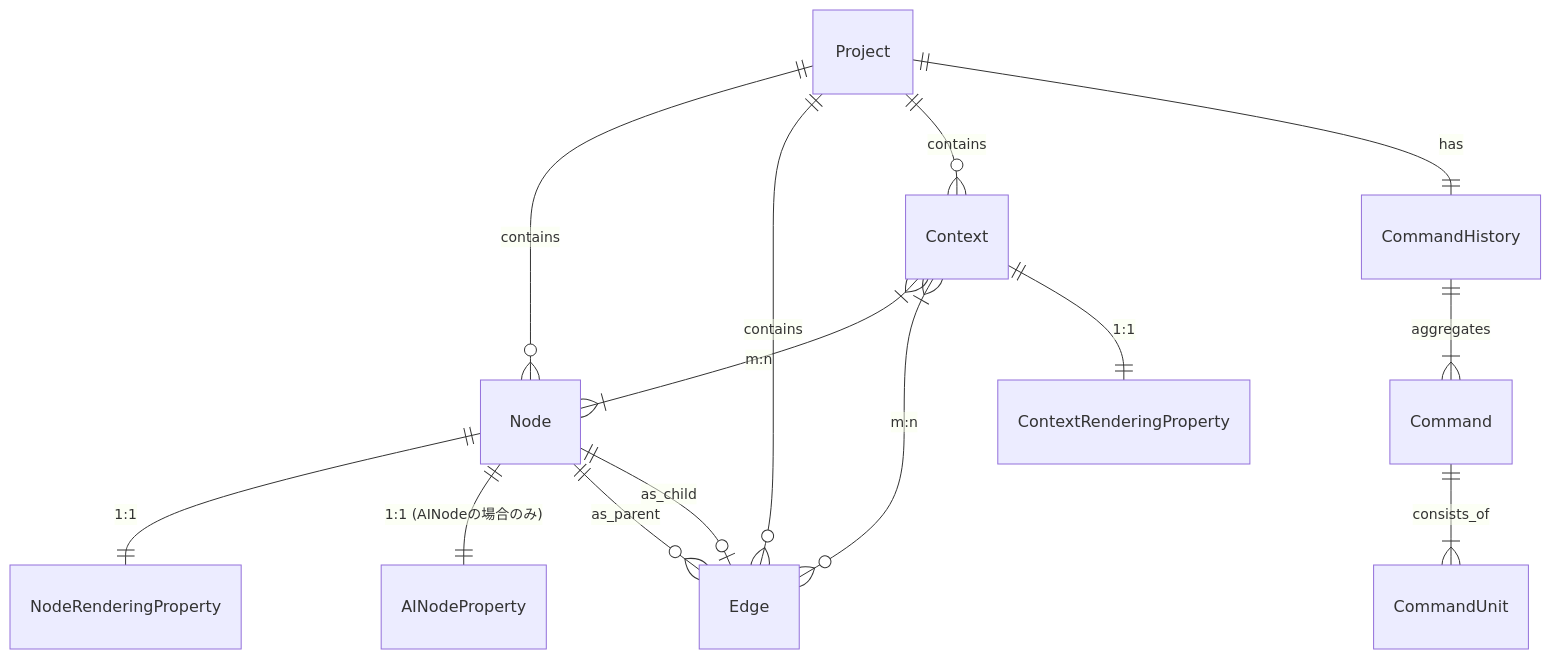
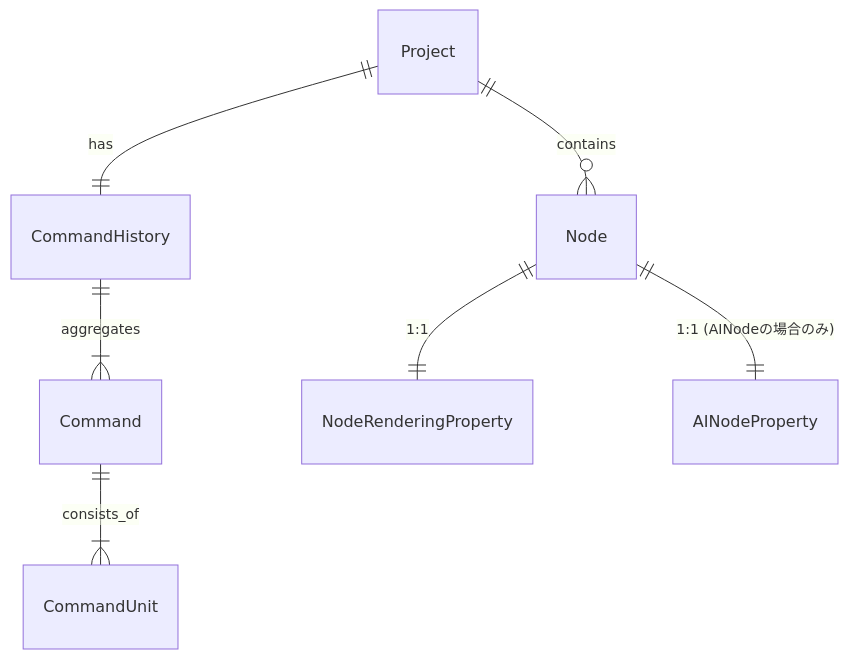
One commit to ano333333/chatgptree changed the second of 2 diagrams in docs/er.md. Above: the diagram before and after it, drawn with Mermaid. The commit also changed other lines of this file and 1 other file, not shown here.

Commit message:
docs: edge/contextの削除

````diff
--- a/docs/er.md
+++ b/docs/er.md
@@ -40,34 +40,22 @@
 ```mermaid
 erDiagram
     %% =======================
     %% Aggregates / Roots
     %% =======================
     Project ||--o{ Node : contains
-    Project ||--o{ Edge : contains
-    Project ||--o{ Context : contains
     Project ||--|| CommandHistory : has
 
     %% CommandHistory 集約として Command を保持
     CommandHistory ||--|{ Command : aggregates
 
     %% =======================
     %% Graph
     %% =======================
     %% Node の種類は role フィールドで区別（継承関係は classDiagram で表現）
     Node ||--|| NodeRenderingProperty : "1:1"
     Node ||--|| AINodeProperty : "1:1 (AINodeの場合のみ)"
 
-    %% 親子を Edge で表現
-    Node ||--o{ Edge : as_parent
-    Node ||--o| Edge : as_child
-
-    %% =======================
-    %% Context（m:n）
-    Context }|--|{ Node : "m:n"
-    Context }|--o{ Edge : "m:n"
-    Context ||--|| ContextRenderingProperty : "1:1"
-
     %% =======================
     %% Undo/Redo（Command / CommandUnit）
     Command ||--|{ CommandUnit : consists_of
 ```
````
